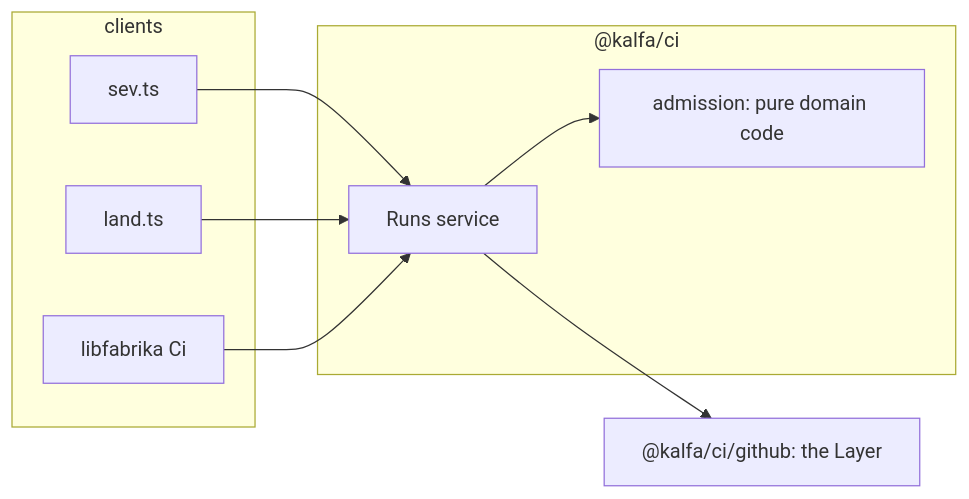
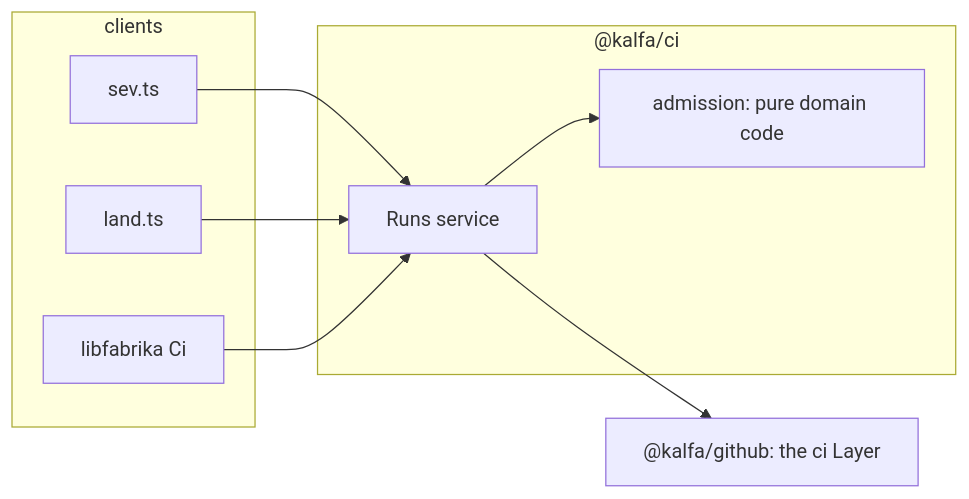
The diagram in .decisions/0612-kalfa-ci-holds-the-ci-protocol-once.md (kamp-us/tea-fabrika), drawn with Mermaid before and after one commit. The commit also changed other lines of this file and 4 other files, not shown here.

First line of the commit message:
A protocol package holds interfaces only and each provider is one package of Layers, with @kalfa/chat and @kalfa/github named (decision 0616)

````diff
--- a/.decisions/0612-kalfa-ci-holds-the-ci-protocol-once.md
+++ b/.decisions/0612-kalfa-ci-holds-the-ci-protocol-once.md
@@ -11,18 +11,18 @@
 ```mermaid
 flowchart LR
   subgraph clients["clients"]
     sev["sev.ts"]
     land["land.ts"]
     lib["libfabrika Ci"]
   end
   subgraph kalfaci["@kalfa/ci"]
     runs["Runs service"]
     admit["admission: pure domain code"]
   end
-  gh["@kalfa/ci/github: the Layer"]
+  gh["@kalfa/github: the ci Layer"]
   sev --> runs
   land --> runs
   lib --> runs
   runs --> admit
   runs --> gh
 ```
````
